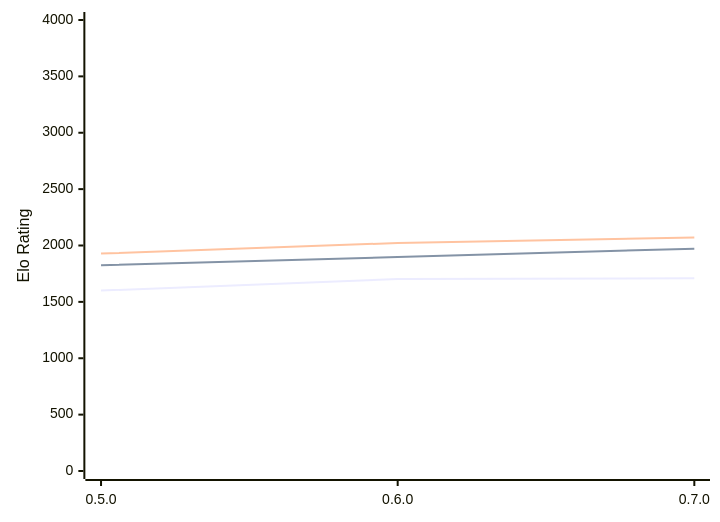
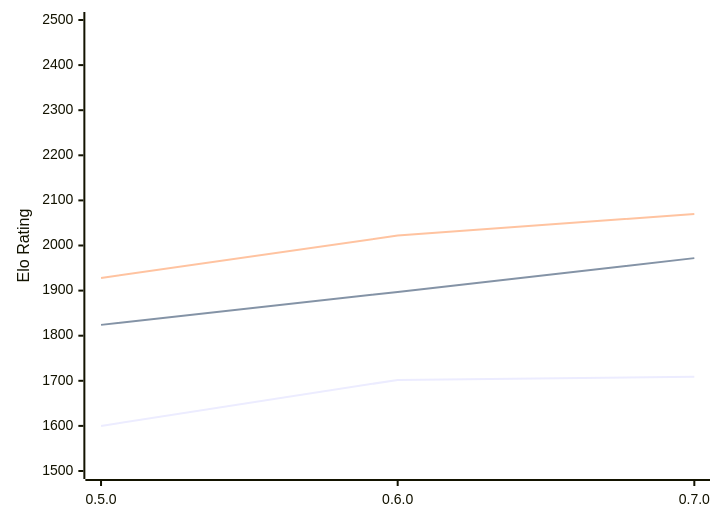
The diagram in engines/Chess-rs.md (computer-chess-index/cci), drawn with Mermaid before and after one commit. The commit also changed other lines of this file, not shown here.

Commit message:
Update CCI Ratings (ELO VLTC) - 2026-02-10

````diff
--- a/engines/Chess-rs.md
+++ b/engines/Chess-rs.md
@@ -38,9 +38,9 @@
 ```mermaid
 %%{init: {"theme":"base","themeVariables":{"seriesColors:['#a3a3a3','#222221','#faa371']}}}%%
 xychart-beta
   x-axis ["0.5.0", "0.6.0", "0.7.0"]
-  y-axis "Elo Rating" 0 --> 4000
+  y-axis "Elo Rating" 1500 --> 2500
   line "STC (8.0+0.08s)" [1600, 1702, 1709]
   line "LTC (60.0+0.60s)" [1824, 1897, 1972]
   line "VLTC (2m24s+1.12s)" [1928, 2022, 2070]
 ```
````
